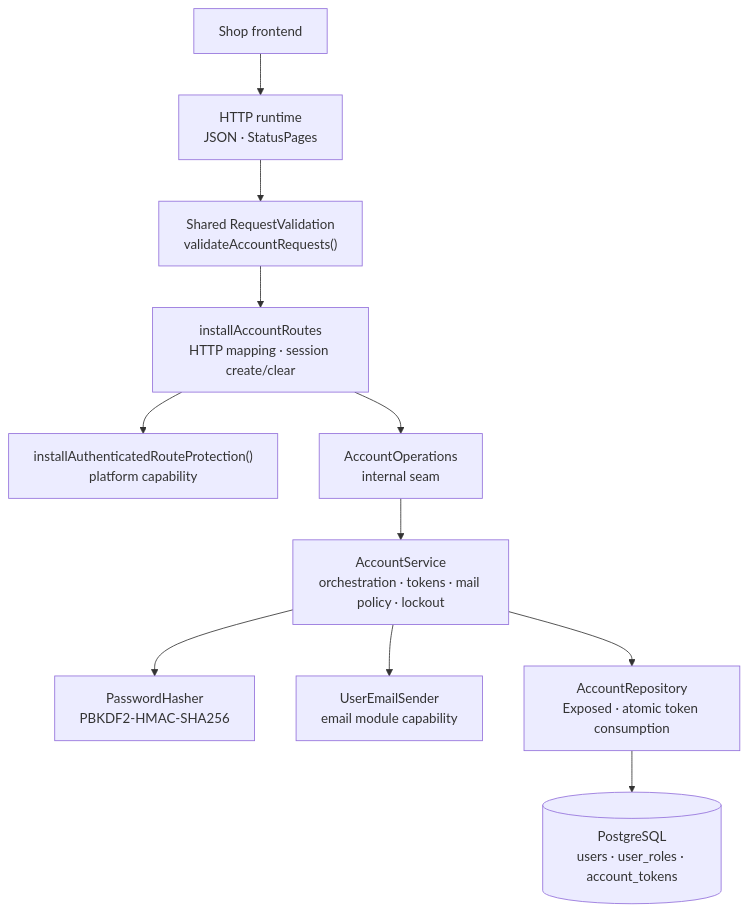
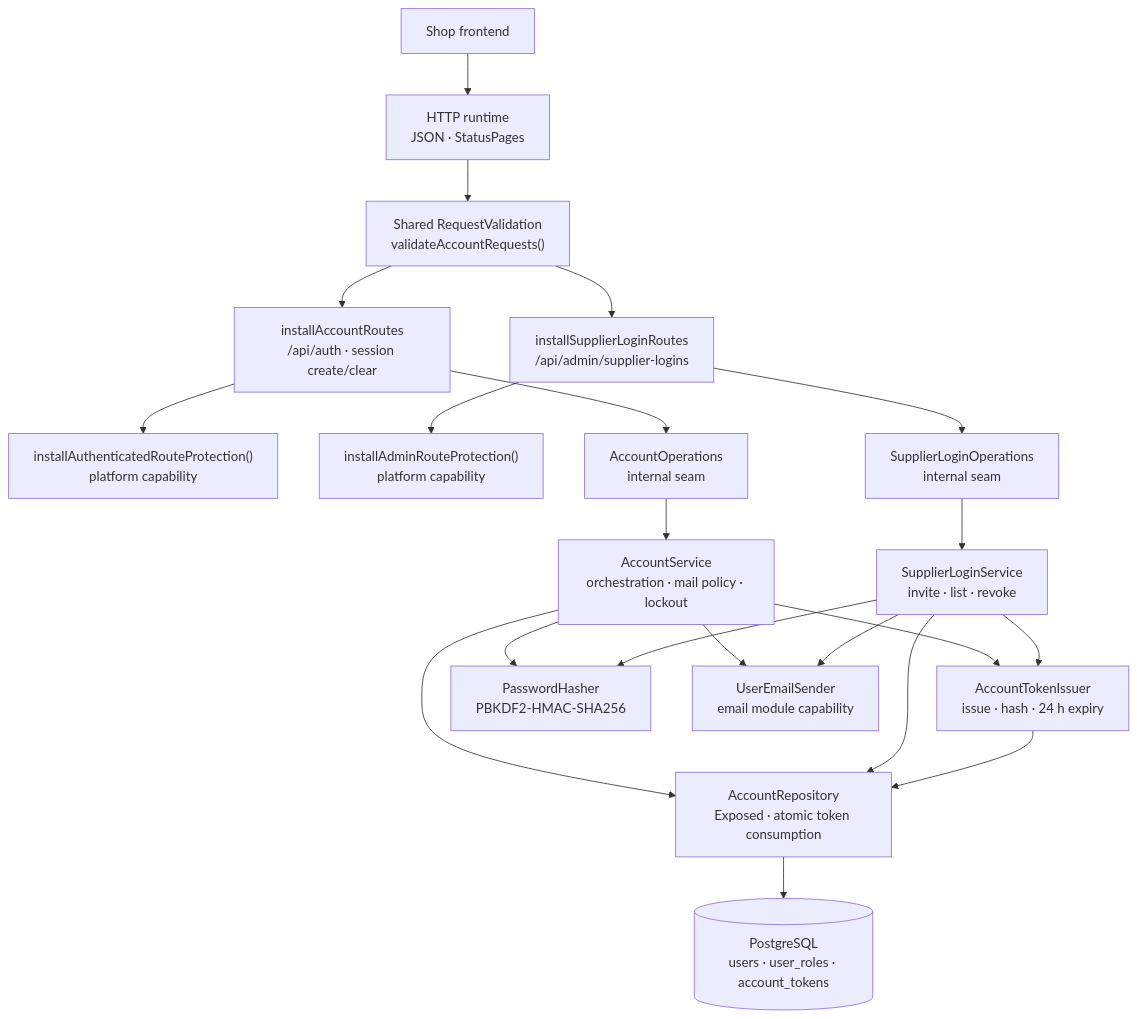
The diagram in docs/dev/backend/account-package.md (bitstorm-tech/voenix-shop-kotlin), drawn with Mermaid before and after one commit. The commit also changed other lines of this file and 10 other files, not shown here.

First line of the commit message:
Account T2: split supplier logins out of AccountService

````diff
--- a/docs/dev/backend/account-package.md
+++ b/docs/dev/backend/account-package.md
@@ -84,23 +97,38 @@
 ```mermaid
 flowchart TB
     Client["Shop frontend"]
     Http["HTTP runtime<br/>JSON · StatusPages"]
     Validation["Shared RequestValidation<br/>validateAccountRequests()"]
-    Routes["installAccountRoutes<br/>HTTP mapping · session create/clear"]
+    Routes["installAccountRoutes<br/>/api/auth · session create/clear"]
+    AdminRoutes["installSupplierLoginRoutes<br/>/api/admin/supplier-logins"]
     Protection["installAuthenticatedRouteProtection()<br/>platform capability"]
+    AdminProtection["installAdminRouteProtection()<br/>platform capability"]
     Operations["AccountOperations<br/>internal seam"]
-    Service["AccountService<br/>orchestration · tokens · mail policy · lockout"]
+    LoginOperations["SupplierLoginOperations<br/>internal seam"]
+    Service["AccountService<br/>orchestration · mail policy · lockout"]
+    LoginService["SupplierLoginService<br/>invite · list · revoke"]
+    Tokens["AccountTokenIssuer<br/>issue · hash · 24 h expiry"]
     Hasher["PasswordHasher<br/>PBKDF2-HMAC-SHA256"]
     Mail["UserEmailSender<br/>email module capability"]
     Repository["AccountRepository<br/>Exposed · atomic token consumption"]
     Tables[("PostgreSQL<br/>users · user_roles · account_tokens")]
 
     Client --> Http --> Validation --> Routes
+    Validation --> AdminRoutes
     Routes --> Protection
+    AdminRoutes --> AdminProtection
     Routes --> Operations
+    AdminRoutes --> LoginOperations
     Operations --> Service
+    LoginOperations --> LoginService
+    Service --> Tokens
+    LoginService --> Tokens
     Service --> Hasher
+    LoginService --> Hasher
     Service --> Mail
+    LoginService --> Mail
     Service --> Repository
+    LoginService --> Repository
+    Tokens --> Repository
     Repository --> Tables
 ```
````
